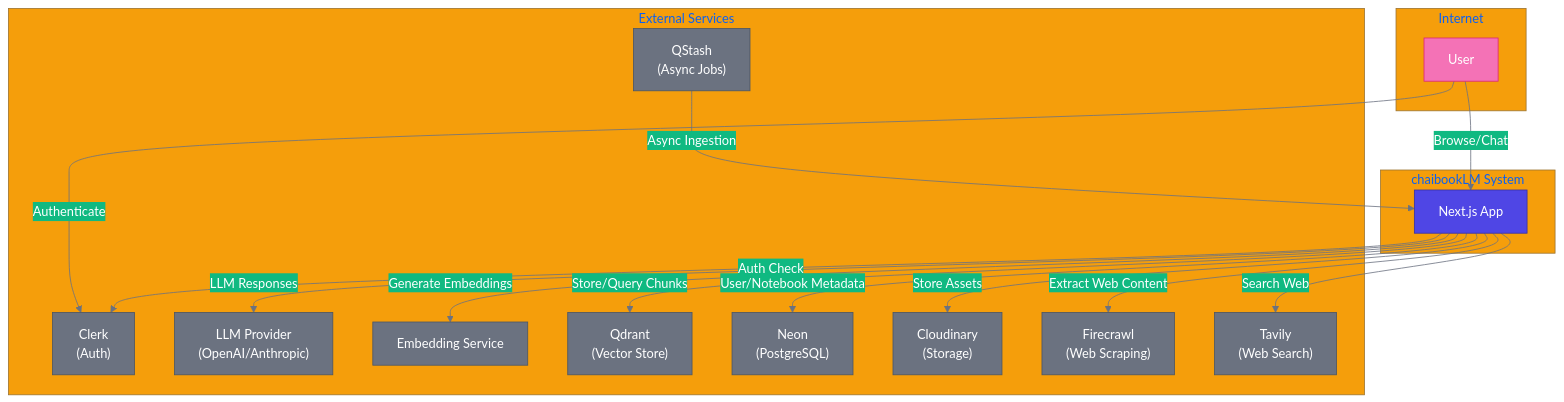
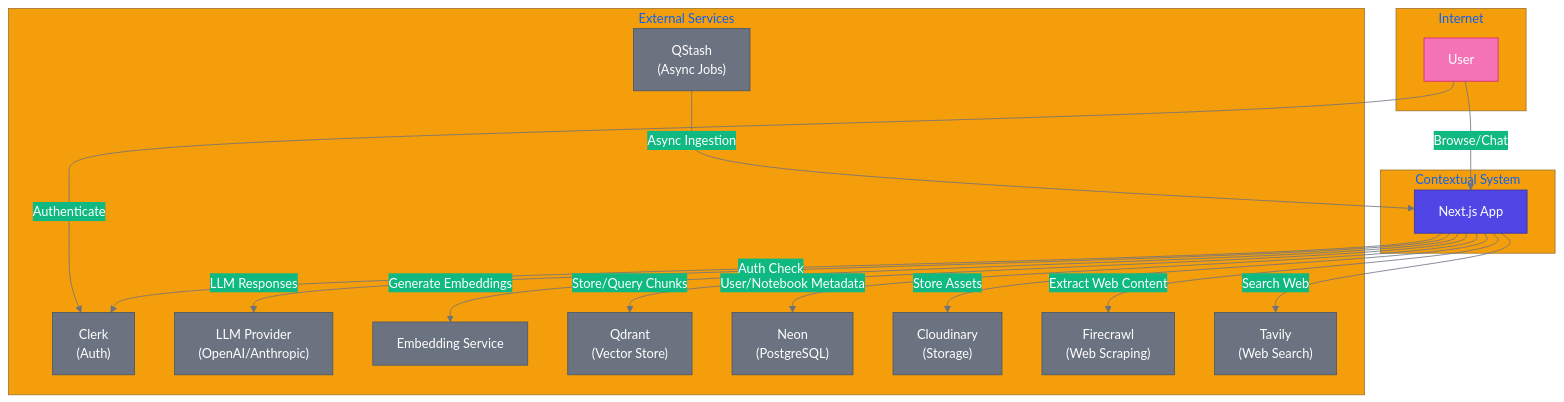
The diagram in docs/c4/system-context.mmd (Glitch-guy0/chaibookLM), drawn with Mermaid before and after one commit. The commit also changed 26 other files, not shown here.

```diff
--- a/docs/c4/system-context.mmd
+++ b/docs/c4/system-context.mmd
@@ -1,37 +1,37 @@
 %%{init: {'theme': 'base', 'themeVariables': { 'primaryColor': '#4f46e5', 'primaryTextColor': '#fff', 'primaryBorderColor': '#3730a3', 'lineColor': '#6b7280', 'secondaryColor': '#10b981', 'tertiaryColor': '#f59e0b'}}}%%
 graph TD
     subgraph "Internet"
         User["User"]:::user
     end
 
-    subgraph "chaibookLM System"
+    subgraph "Contextual System"
         NextJS["Next.js App"]:::system
     end
 
     subgraph "External Services"
         Clerk["Clerk\n(Auth)"]:::external
         LLM["LLM Provider\n(OpenAI/Anthropic)"]:::external
         Embeddings["Embedding Service"]:::external
         Qdrant["Qdrant\n(Vector Store)"]:::external
         Neon["Neon\n(PostgreSQL)"]:::external
         Cloudinary["Cloudinary\n(Storage)"]:::external
         Firecrawl["Firecrawl\n(Web Scraping)"]:::external
         Tavily["Tavily\n(Web Search)"]:::external
         QStash["QStash\n(Async Jobs)"]:::external
     end
 
     User -->|Authenticate| Clerk
     User -->|Browse/Chat| NextJS
     NextJS -->|Auth Check| Clerk
     NextJS -->|Store/Query Chunks| Qdrant
     NextJS -->|User/Notebook Metadata| Neon
     NextJS -->|Store Assets| Cloudinary
     NextJS -->|LLM Responses| LLM
     NextJS -->|Generate Embeddings| Embeddings
     NextJS -->|Extract Web Content| Firecrawl
     NextJS -->|Search Web| Tavily
     QStash -->|Async Ingestion| NextJS
 
     classDef user fill:#f472b6,stroke:#db2777,color:#fff
     classDef system fill:#4f46e5,stroke:#3730a3,color:#fff
     classDef external fill:#6b7280,stroke:#4b5563,color:#fff
```
